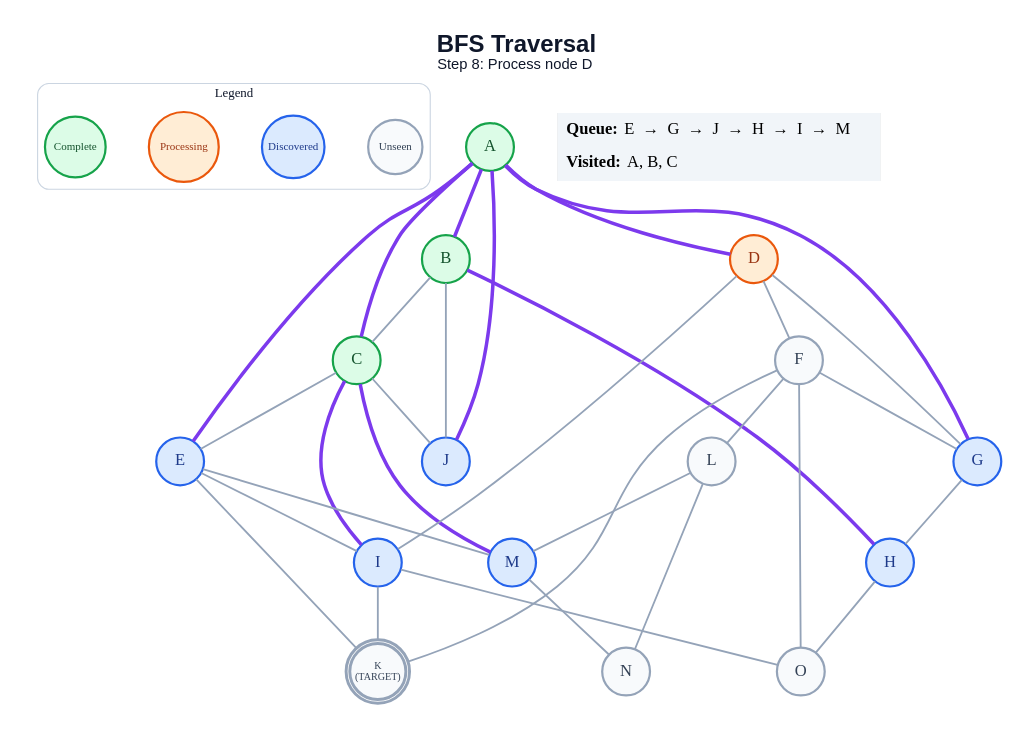
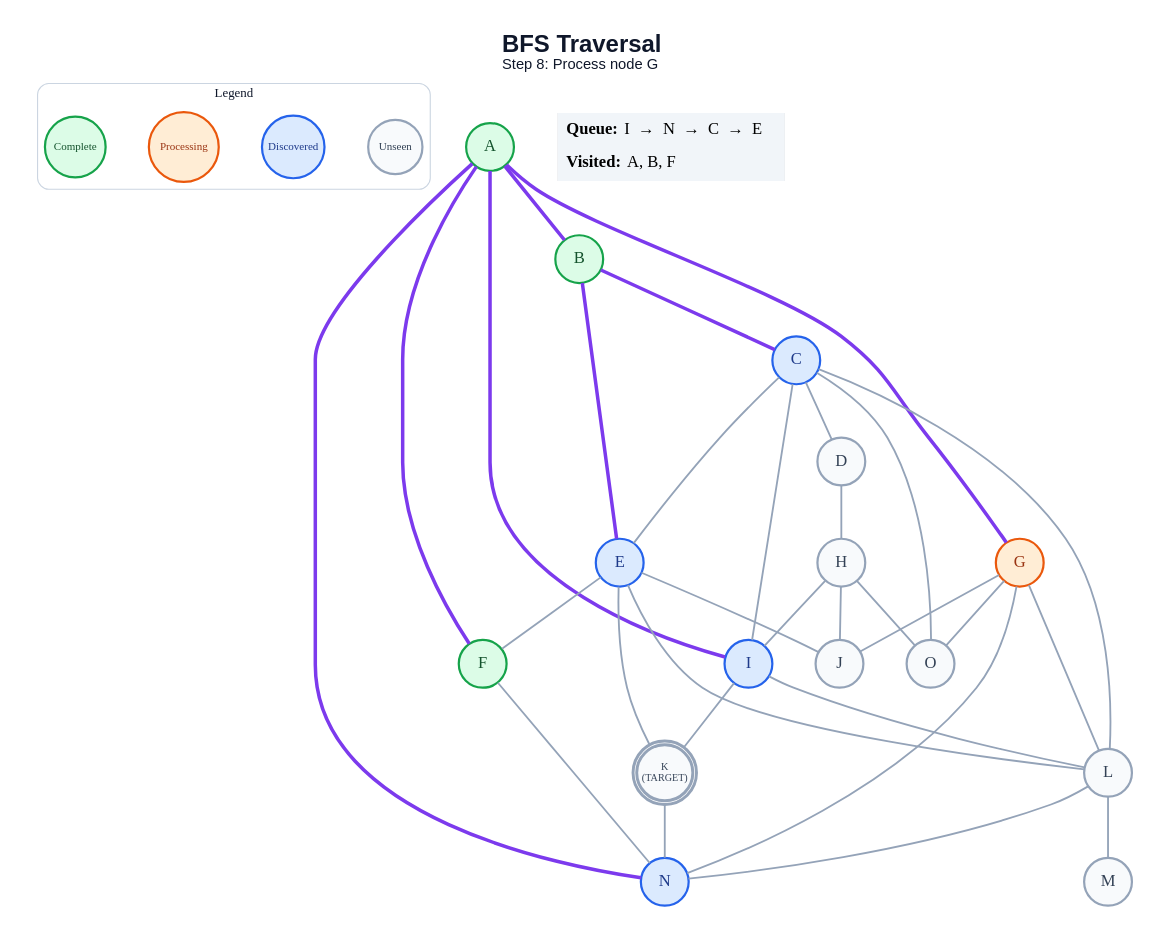
One commit to anon7238593-create/ai-slop changed the diagram in generated/short-circuit/bfs/step_08.dot. Above: the diagram before and after it, drawn with Graphviz. The commit also changed 291 other files, not shown here.

```diff
--- a/generated/short-circuit/bfs/step_08.dot
+++ b/generated/short-circuit/bfs/step_08.dot
@@ -1,64 +1,64 @@
 graph traversal {
   graph [layout=dot, rankdir=TB, bgcolor="#FFFFFF", pad="0.35", nodesep="0.65", ranksep="0.8", fontname="Arial"];
   node [shape=circle, style="filled", fontname="Arial Bold", fontsize=18, width=0.72, fixedsize=true, penwidth=2.4];
   edge [color="#94A3B8", penwidth=2.0];
-  label=<<B>BFS Traversal</B><BR/><FONT POINT-SIZE="16">Step 8: Process node D</FONT>>; labelloc="t"; fontsize=26; fontname="Arial"; fontcolor="#0F172A";
+  label=<<B>BFS Traversal</B><BR/><FONT POINT-SIZE="16">Step 8: Process node G</FONT>>; labelloc="t"; fontsize=26; fontname="Arial"; fontcolor="#0F172A";
   subgraph cluster_legend { label="Legend"; color="#CBD5E1"; penwidth=1.2; style="rounded"; fontsize=14; fontname="Arial Bold";
     key_unseen [label="Unseen", fillcolor="#F8FAFC", color="#94A3B8", fontcolor="#334155", fontsize=12, width=0.82];
     key_frontier [label="Discovered", fillcolor="#DBEAFE", color="#2563EB", fontcolor="#1E3A8A", fontsize=12, width=0.95];
     key_current [label="Processing", fillcolor="#FFEDD5", color="#EA580C", fontcolor="#9A3412", fontsize=12, width=1.05];
     key_done [label="Complete", fillcolor="#DCFCE7", color="#16A34A", fontcolor="#14532D", fontsize=12, width=0.92];
     { rank=same; key_unseen; key_frontier; key_current; key_done; }
   }
   A [label="A", fillcolor="#DCFCE7", color="#16A34A", fontcolor="#14532D", peripheries=1, penwidth=2.4];
   B [label="B", fillcolor="#DCFCE7", color="#16A34A", fontcolor="#14532D", peripheries=1, penwidth=2.4];
-  C [label="C", fillcolor="#DCFCE7", color="#16A34A", fontcolor="#14532D", peripheries=1, penwidth=2.4];
-  D [label="D", fillcolor="#FFEDD5", color="#EA580C", fontcolor="#9A3412", peripheries=1, penwidth=2.4];
+  C [label="C", fillcolor="#DBEAFE", color="#2563EB", fontcolor="#1E3A8A", peripheries=1, penwidth=2.4];
+  D [label="D", fillcolor="#F8FAFC", color="#94A3B8", fontcolor="#334155", peripheries=1, penwidth=2.4];
   E [label="E", fillcolor="#DBEAFE", color="#2563EB", fontcolor="#1E3A8A", peripheries=1, penwidth=2.4];
-  F [label="F", fillcolor="#F8FAFC", color="#94A3B8", fontcolor="#334155", peripheries=1, penwidth=2.4];
-  G [label="G", fillcolor="#DBEAFE", color="#2563EB", fontcolor="#1E3A8A", peripheries=1, penwidth=2.4];
-  H [label="H", fillcolor="#DBEAFE", color="#2563EB", fontcolor="#1E3A8A", peripheries=1, penwidth=2.4];
+  F [label="F", fillcolor="#DCFCE7", color="#16A34A", fontcolor="#14532D", peripheries=1, penwidth=2.4];
+  G [label="G", fillcolor="#FFEDD5", color="#EA580C", fontcolor="#9A3412", peripheries=1, penwidth=2.4];
+  H [label="H", fillcolor="#F8FAFC", color="#94A3B8", fontcolor="#334155", peripheries=1, penwidth=2.4];
   I [label="I", fillcolor="#DBEAFE", color="#2563EB", fontcolor="#1E3A8A", peripheries=1, penwidth=2.4];
-  J [label="J", fillcolor="#DBEAFE", color="#2563EB", fontcolor="#1E3A8A", peripheries=1, penwidth=2.4];
+  J [label="J", fillcolor="#F8FAFC", color="#94A3B8", fontcolor="#334155", peripheries=1, penwidth=2.4];
   K [label="K\n(TARGET)", fillcolor="#F8FAFC", color="#94A3B8", fontcolor="#334155", peripheries=2, penwidth=3.2, fontsize=11, width=0.85, height=0.85];
   L [label="L", fillcolor="#F8FAFC", color="#94A3B8", fontcolor="#334155", peripheries=1, penwidth=2.4];
-  M [label="M", fillcolor="#DBEAFE", color="#2563EB", fontcolor="#1E3A8A", peripheries=1, penwidth=2.4];
-  N [label="N", fillcolor="#F8FAFC", color="#94A3B8", fontcolor="#334155", peripheries=1, penwidth=2.4];
+  M [label="M", fillcolor="#F8FAFC", color="#94A3B8", fontcolor="#334155", peripheries=1, penwidth=2.4];
+  N [label="N", fillcolor="#DBEAFE", color="#2563EB", fontcolor="#1E3A8A", peripheries=1, penwidth=2.4];
   O [label="O", fillcolor="#F8FAFC", color="#94A3B8", fontcolor="#334155", peripheries=1, penwidth=2.4];
   A -- B [color="#7C3AED", penwidth=3.8];
-  A -- C [color="#7C3AED", penwidth=3.8];
-  A -- D [color="#7C3AED", penwidth=3.8];
-  A -- E [color="#7C3AED", penwidth=3.8];
+  A -- F [color="#7C3AED", penwidth=3.8];
   A -- G [color="#7C3AED", penwidth=3.8];
-  A -- J [color="#7C3AED", penwidth=3.8];
-  B -- C;
-  B -- H [color="#7C3AED", penwidth=3.8];
-  B -- J;
+  A -- I [color="#7C3AED", penwidth=3.8];
+  A -- N [color="#7C3AED", penwidth=3.8];
+  B -- C [color="#7C3AED", penwidth=3.8];
+  B -- E [color="#7C3AED", penwidth=3.8];
+  C -- D;
   C -- E;
-  C -- I [color="#7C3AED", penwidth=3.8];
-  C -- J;
-  C -- M [color="#7C3AED", penwidth=3.8];
-  D -- F;
-  D -- G;
-  D -- I;
-  E -- I;
+  C -- I;
+  C -- L;
+  C -- O;
+  D -- H;
+  E -- F;
+  E -- J;
   E -- K;
-  E -- M;
-  F -- G;
-  F -- K;
-  F -- L;
-  F -- O;
-  G -- H;
+  E -- L;
+  F -- N;
+  G -- J;
+  G -- L;
+  G -- N;
+  G -- O;
+  H -- I;
+  H -- J;
   H -- O;
   I -- K;
-  I -- O;
+  I -- L;
+  K -- N;
   L -- M;
   L -- N;
-  M -- N;
   status [shape=plain, fixedsize=false, width=0, height=0, margin=0, label=<
     <TABLE BORDER="0" CELLBORDER="0" CELLPADDING="7" BGCOLOR="#F1F5F9">
-      <TR><TD ALIGN="LEFT"><B>Queue:</B> E  →  G  →  J  →  H  →  I  →  M</TD></TR>
-      <TR><TD ALIGN="LEFT"><B>Visited:</B> A, B, C</TD></TR>
+      <TR><TD ALIGN="LEFT"><B>Queue:</B> I  →  N  →  C  →  E</TD></TR>
+      <TR><TD ALIGN="LEFT"><B>Visited:</B> A, B, F</TD></TR>
     </TABLE>
   >];
 }
```
